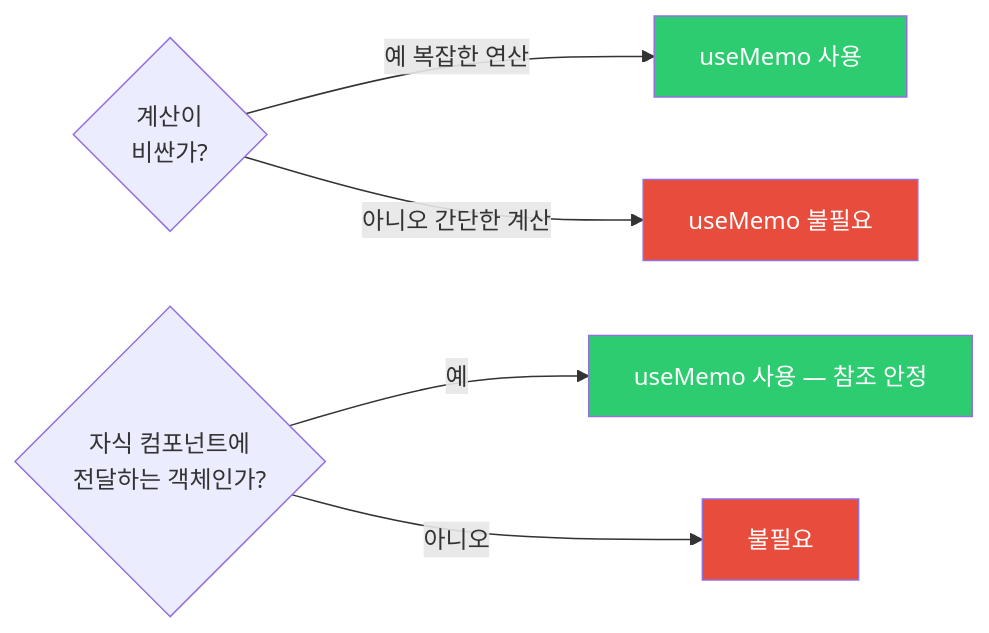
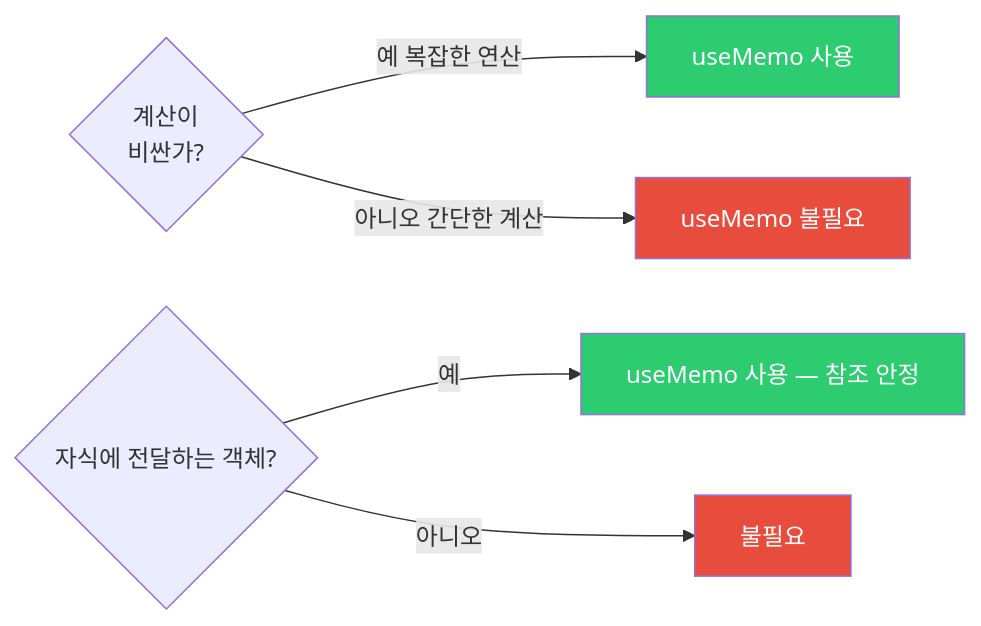
One commit to yjkim2015/yjkim2015.github.io changed the third of 6 diagrams in _posts/frontend/2026-05-02-react-hooks.md. Above: the diagram before and after it, drawn with Mermaid. The commit also changed other lines of this file and 245 other files, not shown here.

First line of the commit message:
Mermaid 다이어그램 전면 수정 + 면접 포인트 접기/펼치기 + DB 데드락 페이지

````diff
--- a/_posts/frontend/2026-05-02-react-hooks.md
+++ b/_posts/frontend/2026-05-02-react-hooks.md
@@ -180,13 +180,13 @@
 ```mermaid
 flowchart LR
     A{"계산이<br>비싼가?"}
     A -->|"예 복잡한 연산"| B["useMemo 사용"]
     A -->|"아니오 간단한 계산"| C["useMemo 불필요"]
-    D{"자식 컴포넌트에<br>전달하는 객체인가?"}
+    D{"자식에 전달하는 객체?"}
     D -->|"예"| E["useMemo 사용 — 참조 안정"]
     D -->|"아니오"| F["불필요"]
     style B fill:#2ecc71,color:#fff
     style C fill:#e74c3c,color:#fff
     style E fill:#2ecc71,color:#fff
     style F fill:#e74c3c,color:#fff
 ```
````
